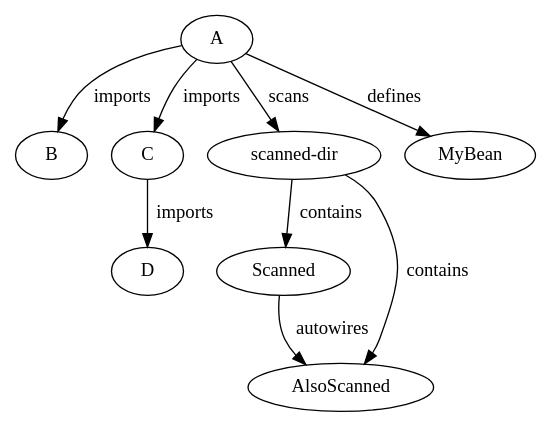
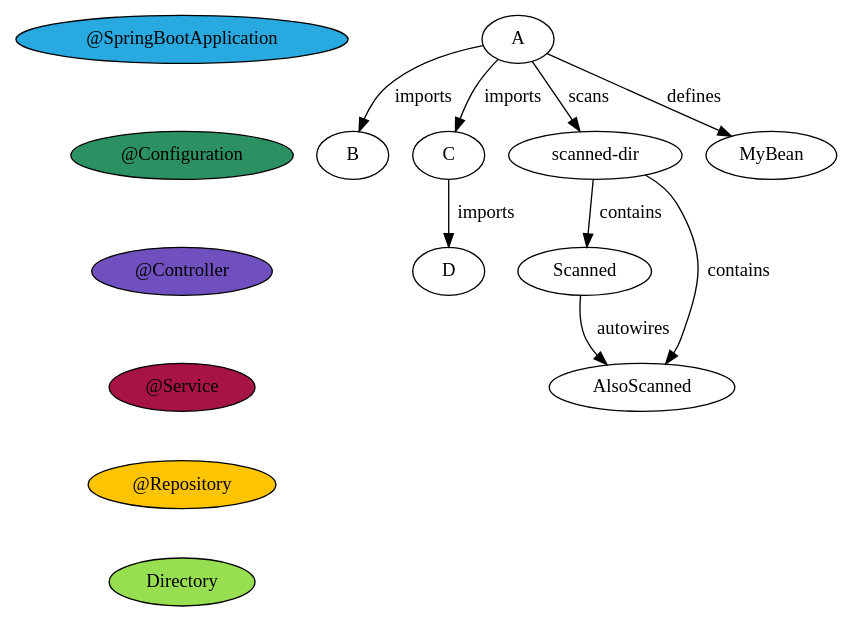
One commit to rudsvar/spring-visualizer changed the diagram in example.dot. Above: the diagram before and after it, drawn with Graphviz. The commit also changed 2 other files, not shown here.

Commit message:
Add legend

```diff
--- a/example.dot
+++ b/example.dot
@@ -1,10 +1,25 @@
 digraph Components {
+    # Legend
+    "@SpringBootApplication" [fillcolor="#28a9e0",style=filled];
+    "@Configuration" [fillcolor="#2c9162",style=filled];
+    "@Controller" [fillcolor="#7050bf",style=filled];
+    "@Service" [fillcolor="#a81347",style=filled];
+    "@Repository" [fillcolor="#ffc400",style=filled];
+    "Directory" [fillcolor="#97de50",style=filled];
+
+    # Align legend
+    "@SpringBootApplication" -> "@Configuration" [style=invis];
+    "@Configuration" -> "@Controller" [style=invis];
+    "@Controller" -> "@Service" [style=invis];
+    "@Service" -> "@Repository" [style=invis];
+    "@Repository" -> "Directory" [style=invis];
+
     Scanned -> AlsoScanned [label=autowires]
     "A" -> "B" [label="imports"];
     "A" -> "C" [label="imports"];
     "A" -> "scanned-dir" [label="scans"];
     "scanned-dir" -> "AlsoScanned" [label="contains"];
     "scanned-dir" -> "Scanned" [label="contains"];
     A -> MyBean [label=defines]
     "C" -> "D" [label="imports"];
 }
```
